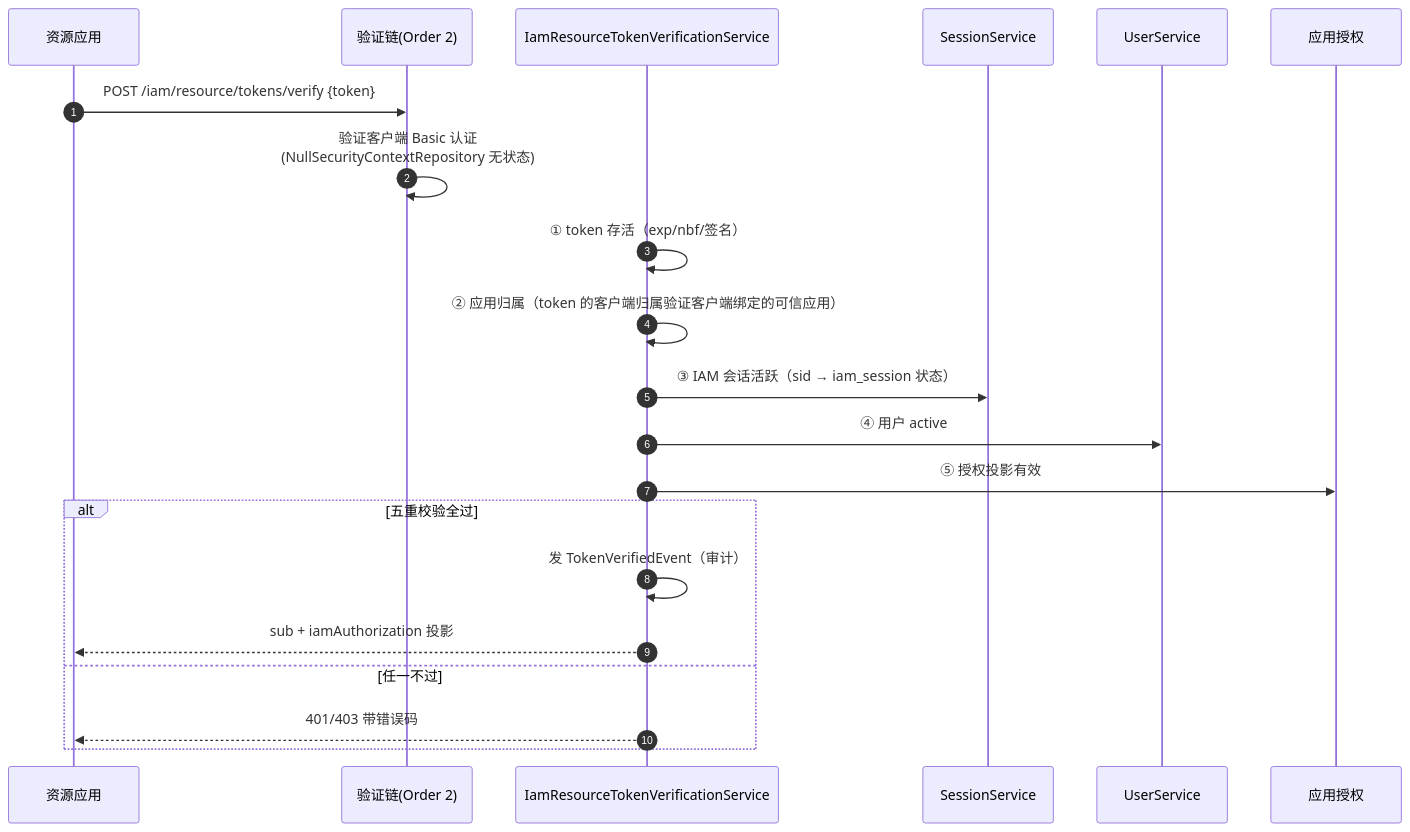
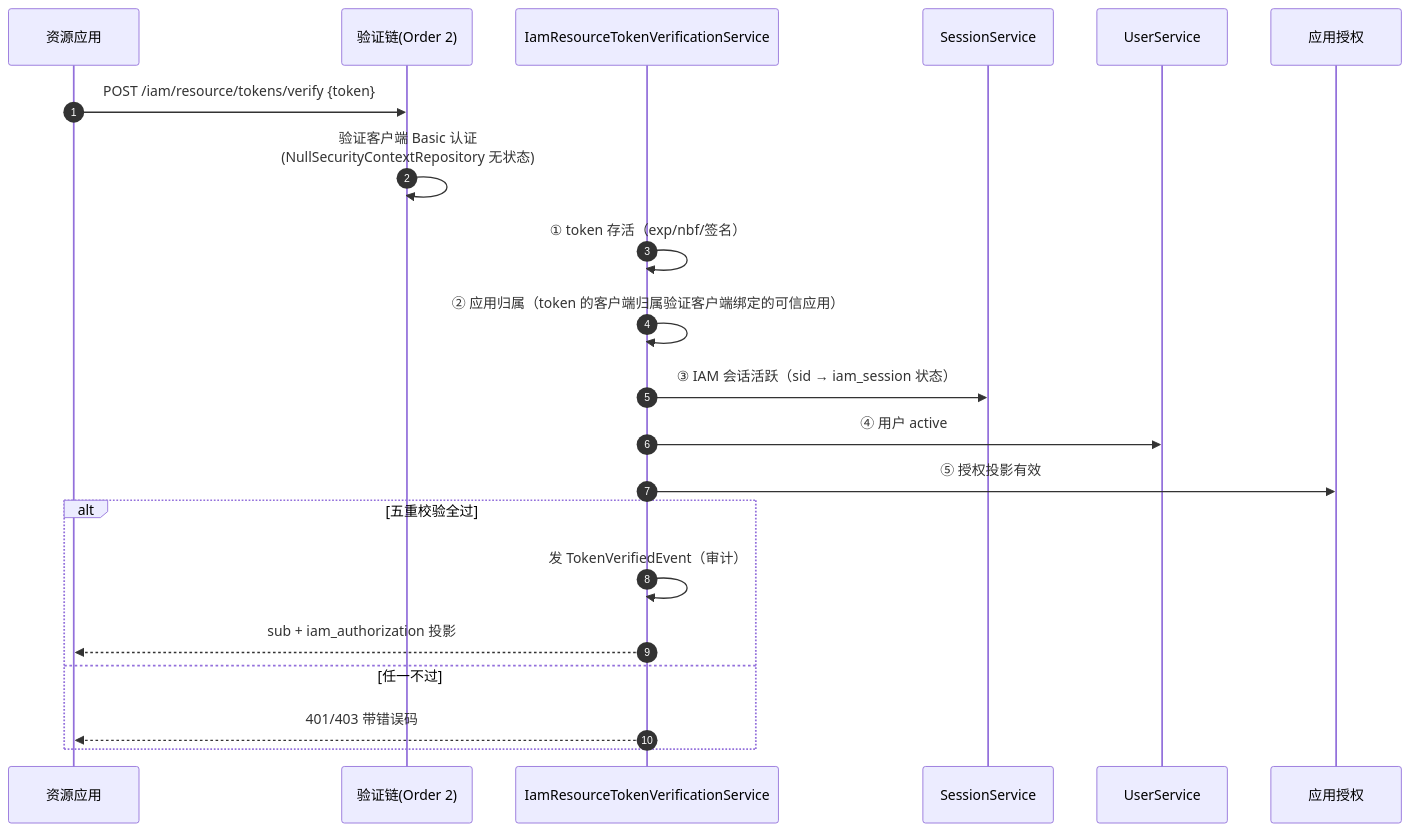
The fourth of 4 diagrams in sdk/auth/iam/server/simple-iam-server-starter/docs/领域文档/OAuth2与令牌验证.md (Sure-Zzzzzz/normal-sdks), drawn with Mermaid before and after one commit. The commit also changed other lines of this file and 5 other files, not shown here.

````diff
--- a/sdk/auth/iam/server/simple-iam-server-starter/docs/领域文档/OAuth2与令牌验证.md
+++ b/sdk/auth/iam/server/simple-iam-server-starter/docs/领域文档/OAuth2与令牌验证.md
@@ -127,24 +128,24 @@
 ```mermaid
 sequenceDiagram
     autonumber
     participant Res as 资源应用
     participant VC as 验证链(Order 2)
     participant VS as IamResourceTokenVerificationService
     participant SS as SessionService
     participant US as UserService
     participant TA as 应用授权
 
     Res->>VC: POST /iam/resource/tokens/verify {token}
     VC->>VC: 验证客户端 Basic 认证<br/>(NullSecurityContextRepository 无状态)
     VS->>VS: ① token 存活（exp/nbf/签名）
     VS->>VS: ② 应用归属（token 的客户端归属验证客户端绑定的可信应用）
     VS->>SS: ③ IAM 会话活跃（sid → iam_session 状态）
     VS->>US: ④ 用户 active
     VS->>TA: ⑤ 授权投影有效
     alt 五重校验全过
         VS->>VS: 发 TokenVerifiedEvent（审计）
-        VS-->>Res: sub + iamAuthorization 投影
+        VS-->>Res: sub + iam_authorization 投影
     else 任一不过
         VS-->>Res: 401/403 带错误码
     end
 ```
````
